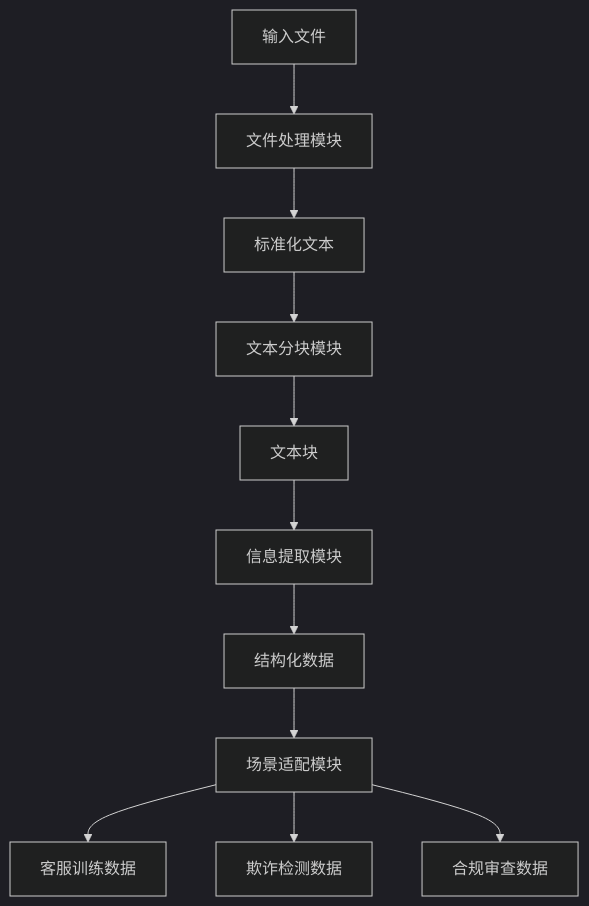
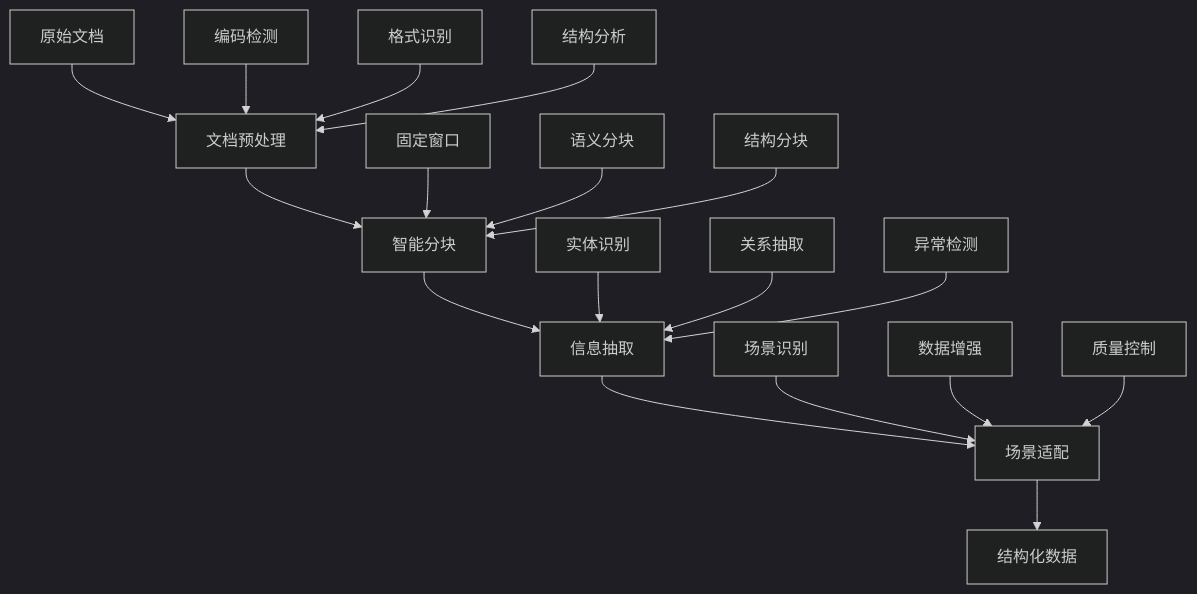
Before and after one commit to Mmao-fan/smart_fin_data: the second of 2 diagrams in README.md, drawn with Mermaid (dark theme). The commit also changed other lines of this file, not shown here.

````diff
--- a/README.md
+++ b/README.md
@@ -167,13 +250,24 @@
 ```mermaid
 graph TD
-    A[输入文件] --> B[文件处理模块]
-    B --> C[标准化文本]
-    C --> D[文本分块模块]
-    D --> E[文本块]
-    E --> F[信息提取模块]
-    F --> G[结构化数据]
-    G --> H[场景适配模块]
-    H --> I[客服训练数据]
-    H --> J[欺诈检测数据]
-    H --> K[合规审查数据]
+    A[原始文档] --> B[文档预处理]
+    B --> C[智能分块]
+    C --> D[信息抽取]
+    D --> E[场景适配]
+    E --> F[结构化数据]
+    
+    B1[编码检测] --> B
+    B2[格式识别] --> B
+    B3[结构分析] --> B
+    
+    C1[固定窗口] --> C
+    C2[语义分块] --> C
+    C3[结构分块] --> C
+    
+    D1[实体识别] --> D
+    D2[关系抽取] --> D
+    D3[异常检测] --> D
+    
+    E1[场景识别] --> E
+    E2[数据增强] --> E
+    E3[质量控制] --> E
 ```
````
